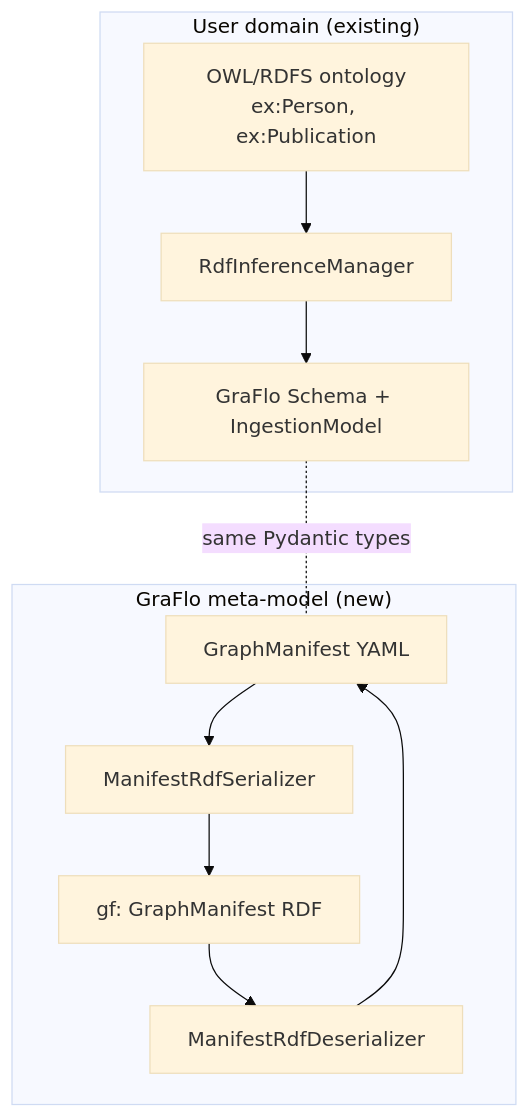
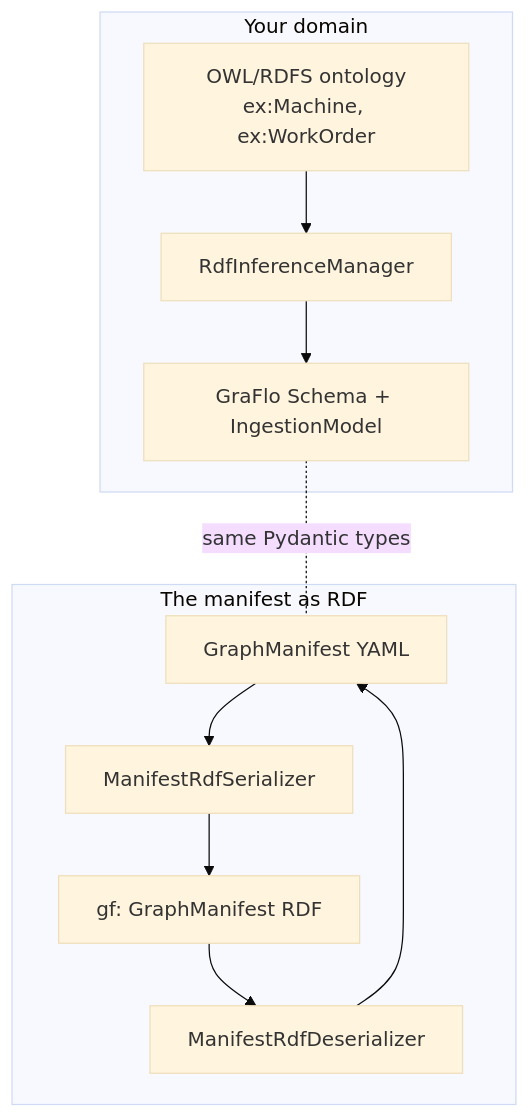
One commit to growgraph/graflo changed the diagram in docs/concepts/schema/ontology.md. Above: the diagram before and after it, drawn with Mermaid (base theme). The commit also changed other lines of this file and 487 other files, not shown here.

````diff
--- a/docs/concepts/schema/ontology.md
+++ b/docs/concepts/schema/ontology.md
@@ -7,18 +14,18 @@
 ```mermaid
 flowchart TB
-    subgraph domain ["User domain (existing)"]
-        UOWL["OWL/RDFS ontology<br/>ex:Person, ex:Publication"]
+    subgraph domain ["Your domain"]
+        UOWL["OWL/RDFS ontology<br/>ex:Machine, ex:WorkOrder"]
         UOWL --> RIM["RdfInferenceManager"]
         RIM --> LPG["GraFlo Schema + IngestionModel"]
     end
 
-    subgraph meta ["GraFlo meta-model (new)"]
+    subgraph meta ["The manifest as RDF"]
         YAML["GraphManifest YAML"]
         YAML --> SER["ManifestRdfSerializer"]
         SER --> GFOWL["gf: GraphManifest RDF"]
         GFOWL --> DES["ManifestRdfDeserializer"]
         DES --> YAML
     end
 
     LPG -. "same Pydantic types" .- YAML
 ```
````
